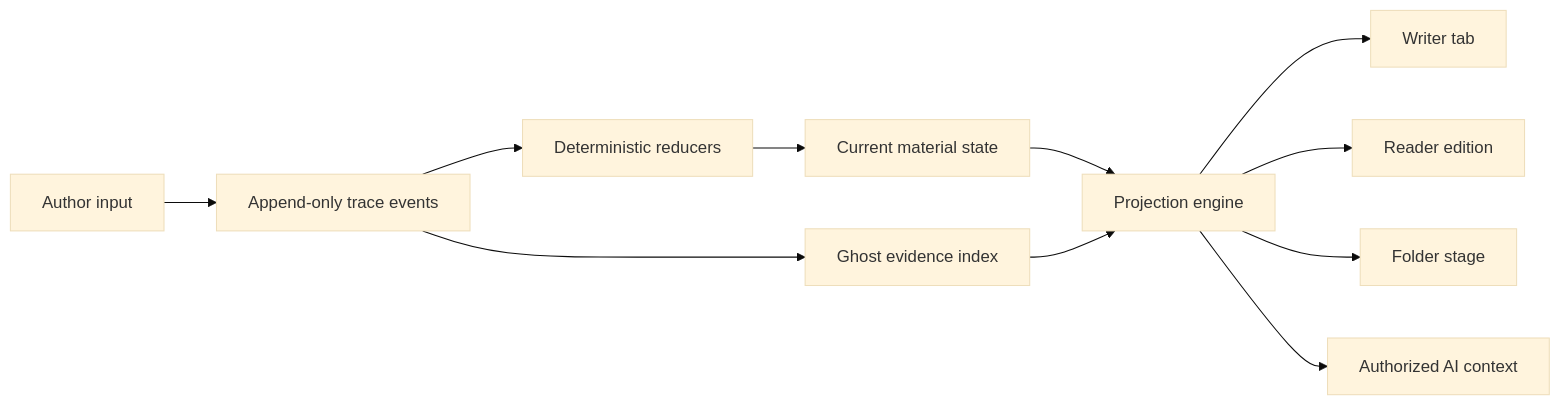
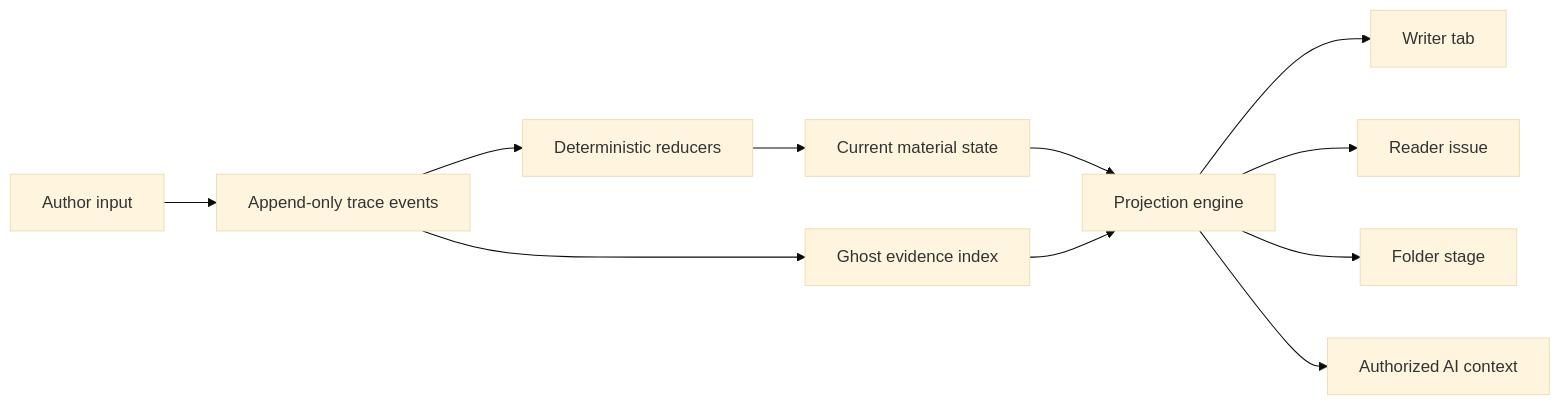
One commit to metanoos/gstack-artifacts-peterwei changed the first of 2 diagrams in projects/metanoos-zine/peterwei-codex-zine-design-20260726-090720.md. Above: the diagram before and after it, drawn with Mermaid (base theme). The commit also changed other lines of this file and 1 other file, not shown here.

````diff
--- a/projects/metanoos-zine/peterwei-codex-zine-design-20260726-090720.md
+++ b/projects/metanoos-zine/peterwei-codex-zine-design-20260726-090720.md
@@ -146,13 +146,13 @@
 ```mermaid
 flowchart LR
     I["Author input"] --> E["Append-only trace events"]
     E --> R["Deterministic reducers"]
     R --> M["Current material state"]
     E --> G["Ghost evidence index"]
     M --> P["Projection engine"]
     G --> P
     P --> W["Writer tab"]
-    P --> D["Reader edition"]
+    P --> D["Reader issue"]
     P --> F["Folder stage"]
     P --> A["Authorized AI context"]
 ```
````
